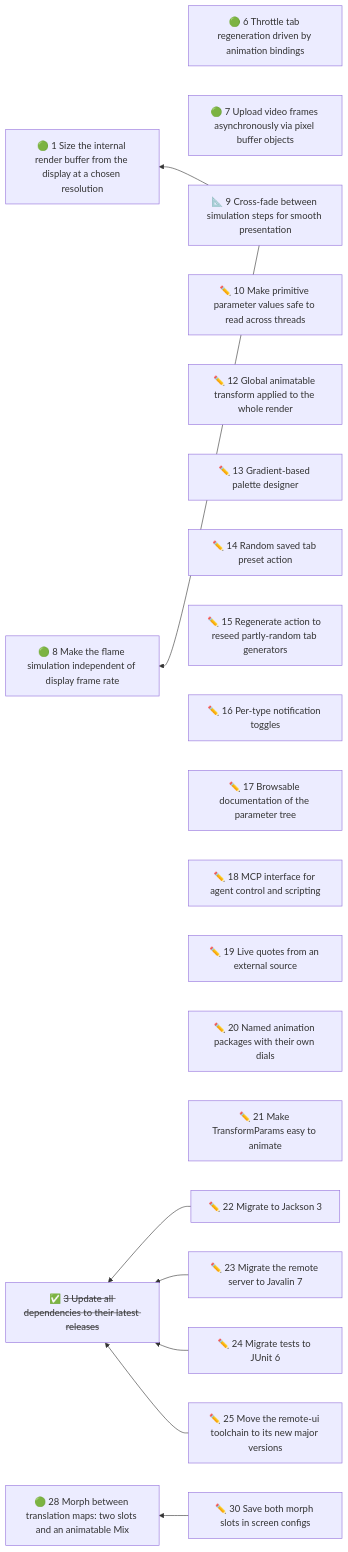
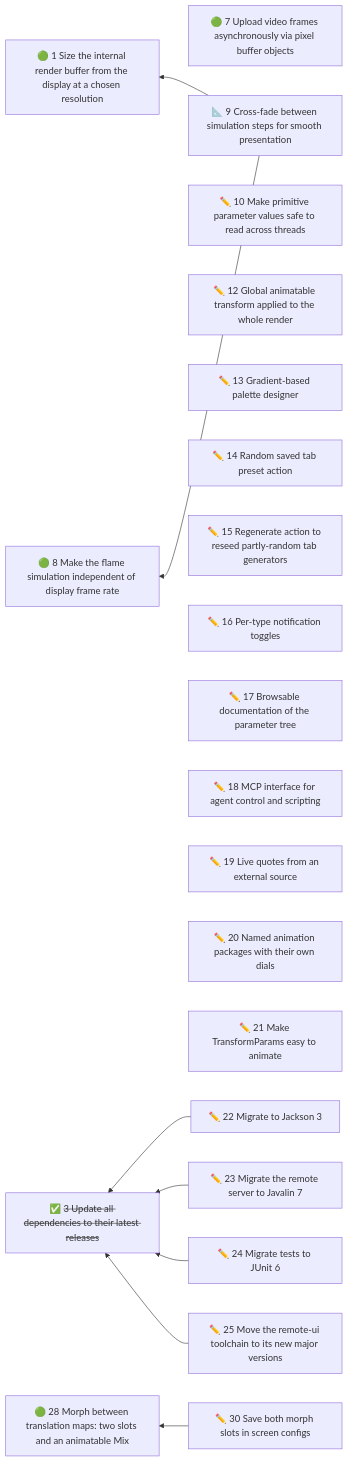
One commit to duckAsteroid/cthugha-reborn changed the diagram in docs/initiatives/README.md. Above: the diagram before and after it, drawn with Mermaid. The commit also changed other lines of this file and 15 other files, not shown here.

First line of the commit message:
fix(app): coalesce tab regeneration and stop animating generator params

````diff
--- a/docs/initiatives/README.md
+++ b/docs/initiatives/README.md
@@ -55,56 +54,54 @@
 ```mermaid
 flowchart RL
   n1["🟢 1 Size the internal render buffer from the display at a chosen resolution"]
-  n6["🟢 6 Throttle tab regeneration driven by animation bindings"]
   n7["🟢 7 Upload video frames asynchronously via pixel buffer objects"]
   n8["🟢 8 Make the flame simulation independent of display frame rate"]
   n9["📐 9 Cross-fade between simulation steps for smooth presentation"]
   n10["✏️ 10 Make primitive parameter values safe to read across threads"]
   n12["✏️ 12 Global animatable transform applied to the whole render"]
   n13["✏️ 13 Gradient-based palette designer"]
   n14["✏️ 14 Random saved tab preset action"]
   n15["✏️ 15 Regenerate action to reseed partly-random tab generators"]
   n16["✏️ 16 Per-type notification toggles"]
   n17["✏️ 17 Browsable documentation of the parameter tree"]
   n18["✏️ 18 MCP interface for agent control and scripting"]
   n19["✏️ 19 Live quotes from an external source"]
   n20["✏️ 20 Named animation packages with their own dials"]
   n21["✏️ 21 Make TransformParams easy to animate"]
   n22["✏️ 22 Migrate to Jackson 3"]
   n23["✏️ 23 Migrate the remote server to Javalin 7"]
   n24["✏️ 24 Migrate tests to JUnit 6"]
   n25["✏️ 25 Move the remote-ui toolchain to its new major versions"]
   n28["🟢 28 Morph between translation maps: two slots and an animatable Mix"]
   n30["✏️ 30 Save both morph slots in screen configs"]
   n3["✅ <s>3 Update all dependencies to their latest releases</s>"]
   n9 --> n1
   n9 --> n8
   n22 --> n3
   n23 --> n3
   n24 --> n3
   n25 --> n3
   n30 --> n28
   click n1 href "01-cap-the-internal-render-resolution-at-high-window-sizes.md"
-  click n6 href "06-throttle-tab-regeneration-driven-by-animation-bindings.md"
   click n7 href "07-upload-video-frames-asynchronously-via-pixel-buffer-objects.md"
   click n8 href "08-make-the-flame-simulation-independent-of-display-frame-rate.md"
   click n9 href "09-decouple-simulation-from-display-with-interpolated-presentat.md"
   click n10 href "10-make-primitive-parameter-values-safe-to-read-across-threads.md"
   click n12 href "12-global-animatable-transform-applied-to-the-whole-render.md"
   click n13 href "13-gradient-based-palette-designer.md"
   click n14 href "14-random-saved-tab-preset-action.md"
   click n15 href "15-regenerate-action-to-reseed-partly-random-tab-generators.md"
   click n16 href "16-per-type-notification-toggles.md"
   click n17 href "17-browsable-documentation-of-the-parameter-tree.md"
   click n18 href "18-mcp-interface-for-agent-control-and-scripting.md"
   click n19 href "19-live-quotes-from-an-external-source.md"
   click n20 href "20-named-animation-packages-with-their-own-dials.md"
   click n21 href "21-make-transformparams-easy-to-animate.md"
   click n22 href "22-migrate-to-jackson-3.md"
   click n23 href "23-migrate-the-remote-server-to-javalin-7.md"
   click n24 href "24-migrate-tests-to-junit-6.md"
   click n25 href "25-move-the-remote-ui-toolchain-to-its-new-major-versions.md"
   click n28 href "28-blend-between-two-translation-maps-over-time.md"
   click n30 href "30-save-both-morph-slots-in-screen-configs.md"
   click n3 href "03-update-all-dependencies-to-their-latest-releases.md"
 ```
````
